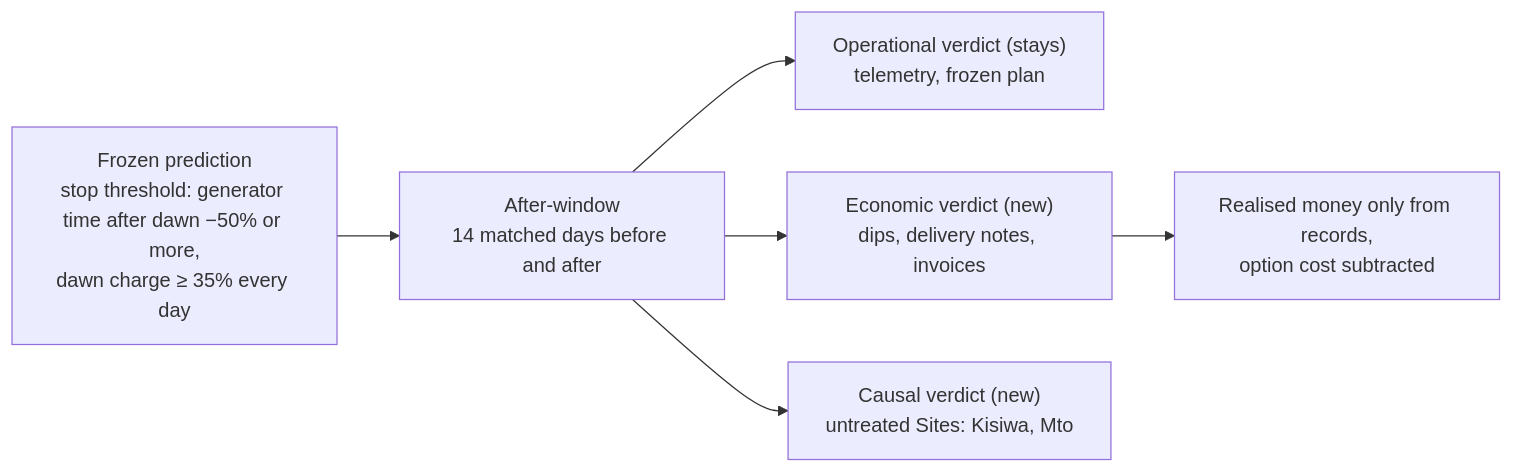
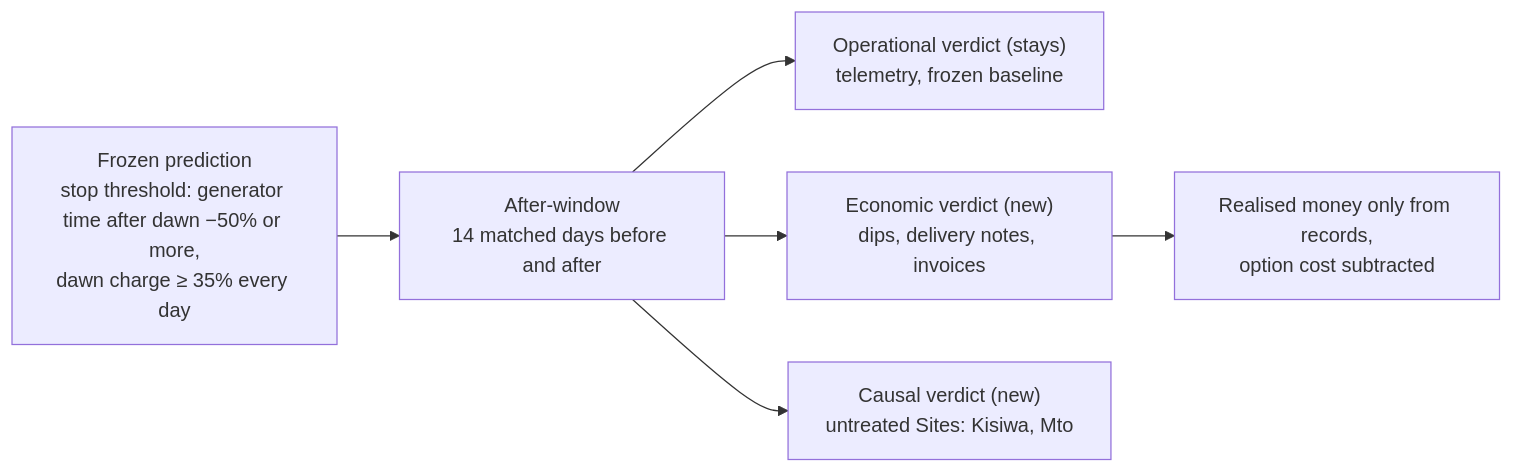
The tenth of 11 diagrams in Docs/demo-sprint/product-direction-layer4/layer4-transformation-design.md (bineyame/AssetOpsV1), drawn with Mermaid before and after one commit. The commit also changed other lines of this file and 4 other files, not shown here.

````diff
--- a/Docs/demo-sprint/product-direction-layer4/layer4-transformation-design.md
+++ b/Docs/demo-sprint/product-direction-layer4/layer4-transformation-design.md
@@ -548,8 +552,8 @@
 ```mermaid
 flowchart LR
   FP["Frozen prediction<br/>stop threshold: generator time after dawn −50% or more,<br/>dawn charge ≥ 35% every day"] --> W["After-window<br/>14 matched days before and after"]
-  W --> OPV["Operational verdict (stays)<br/>telemetry, frozen plan"]
+  W --> OPV["Operational verdict (stays)<br/>telemetry, frozen baseline"]
   W --> ECV["Economic verdict (new)<br/>dips, delivery notes, invoices"]
   W --> CAV["Causal verdict (new)<br/>untreated Sites: Kisiwa, Mto"]
   ECV --> RM["Realised money only from records,<br/>option cost subtracted"]
 ```
````
